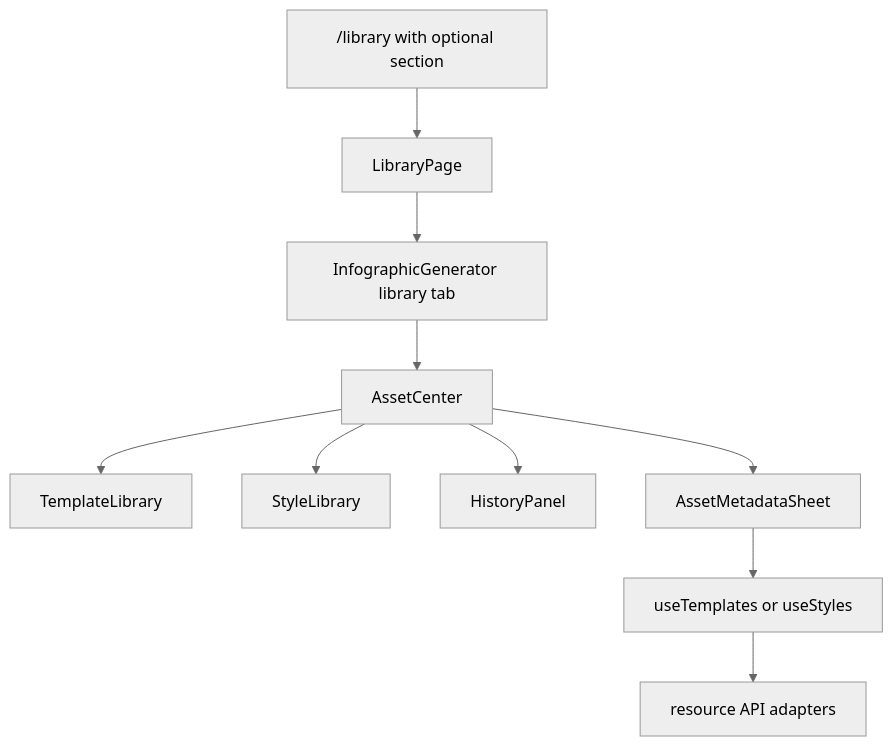
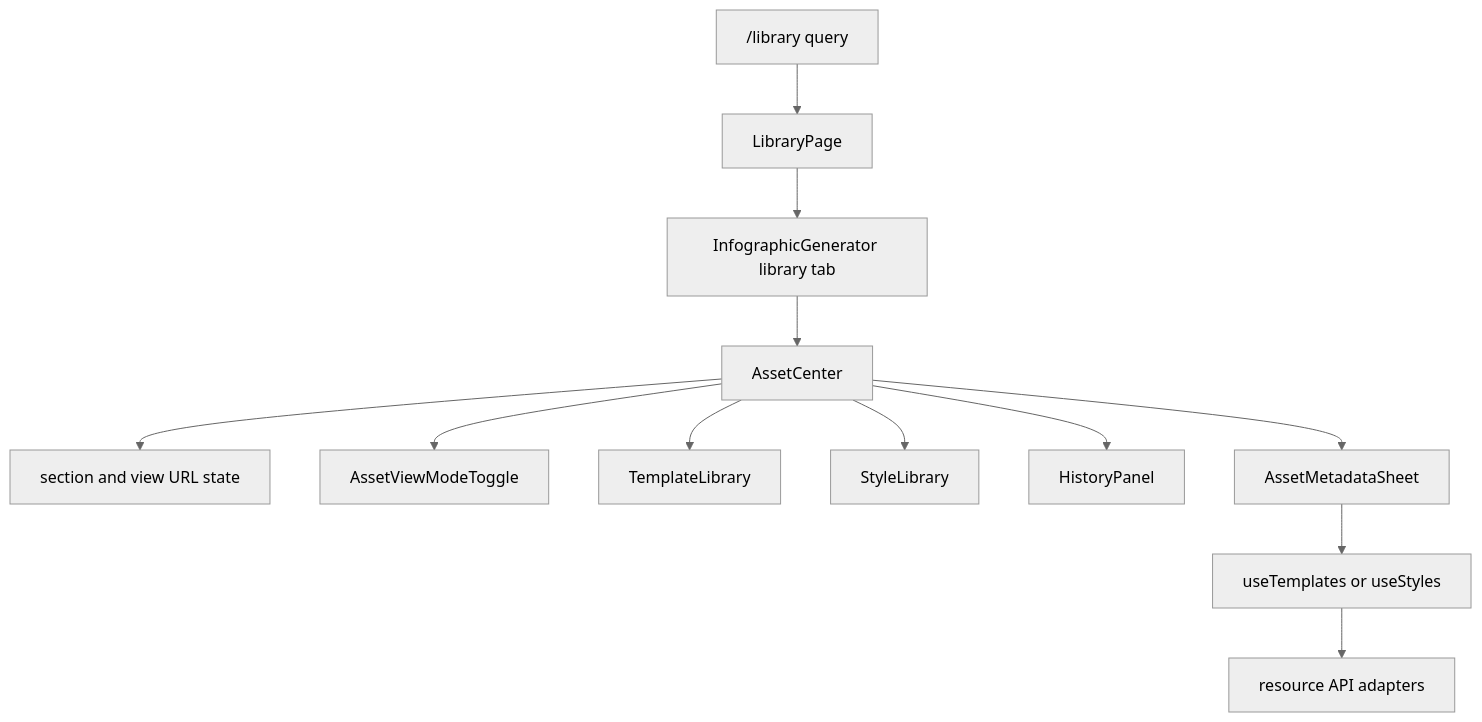
The diagram in openwiki/frontend/asset-center.md (tony30552001/Genpic-master), drawn with Mermaid (neutral theme) before and after one commit. The commit also changed other lines of this file and 13 other files, not shown here.

Commit message:
feat: add asset center view modes

````diff
--- a/openwiki/frontend/asset-center.md
+++ b/openwiki/frontend/asset-center.md
@@ -24,12 +24,14 @@
 ```mermaid
 flowchart TD
-  Route["/library with optional section"] --> Page["LibraryPage"]
+  Route["/library query"] --> Page["LibraryPage"]
   Page --> Generator["InfographicGenerator library tab"]
   Generator --> Center["AssetCenter"]
+  Center --> Query["section and view URL state"]
+  Center --> Toggle["AssetViewModeToggle"]
   Center --> Templates["TemplateLibrary"]
   Center --> Styles["StyleLibrary"]
   Center --> History["HistoryPanel"]
   Center --> Sheet["AssetMetadataSheet"]
   Sheet --> Hooks["useTemplates or useStyles"]
   Hooks --> Resources["resource API adapters"]
 ```
````
